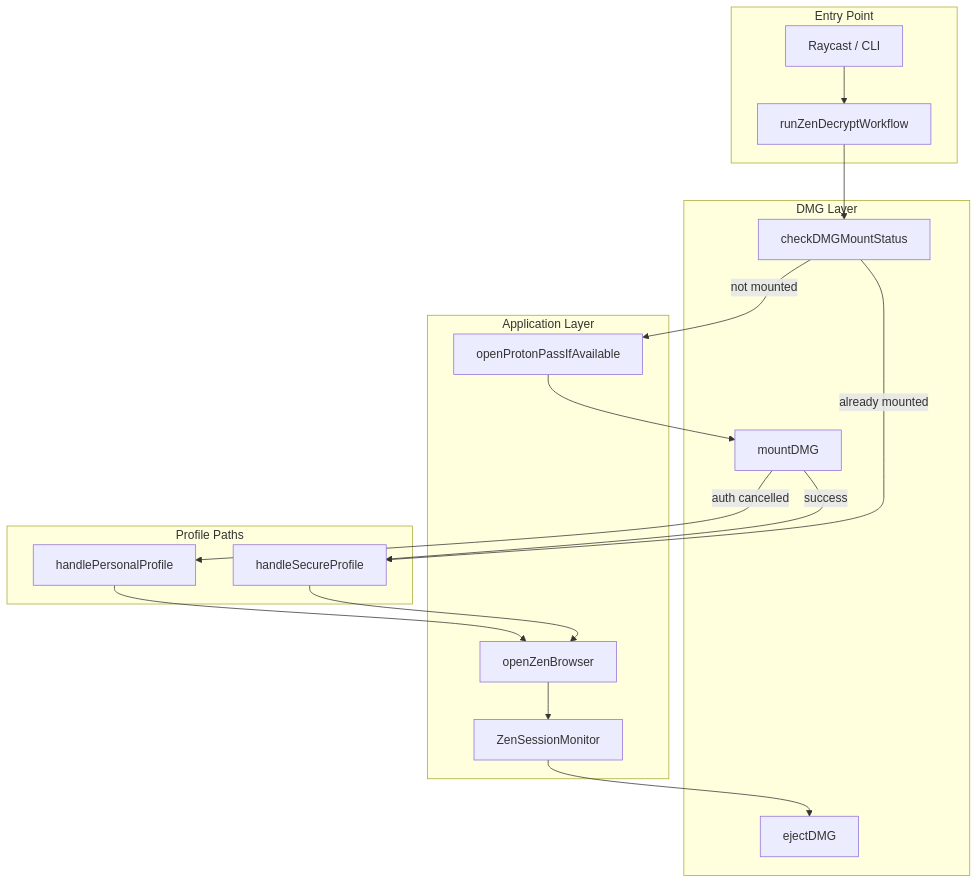
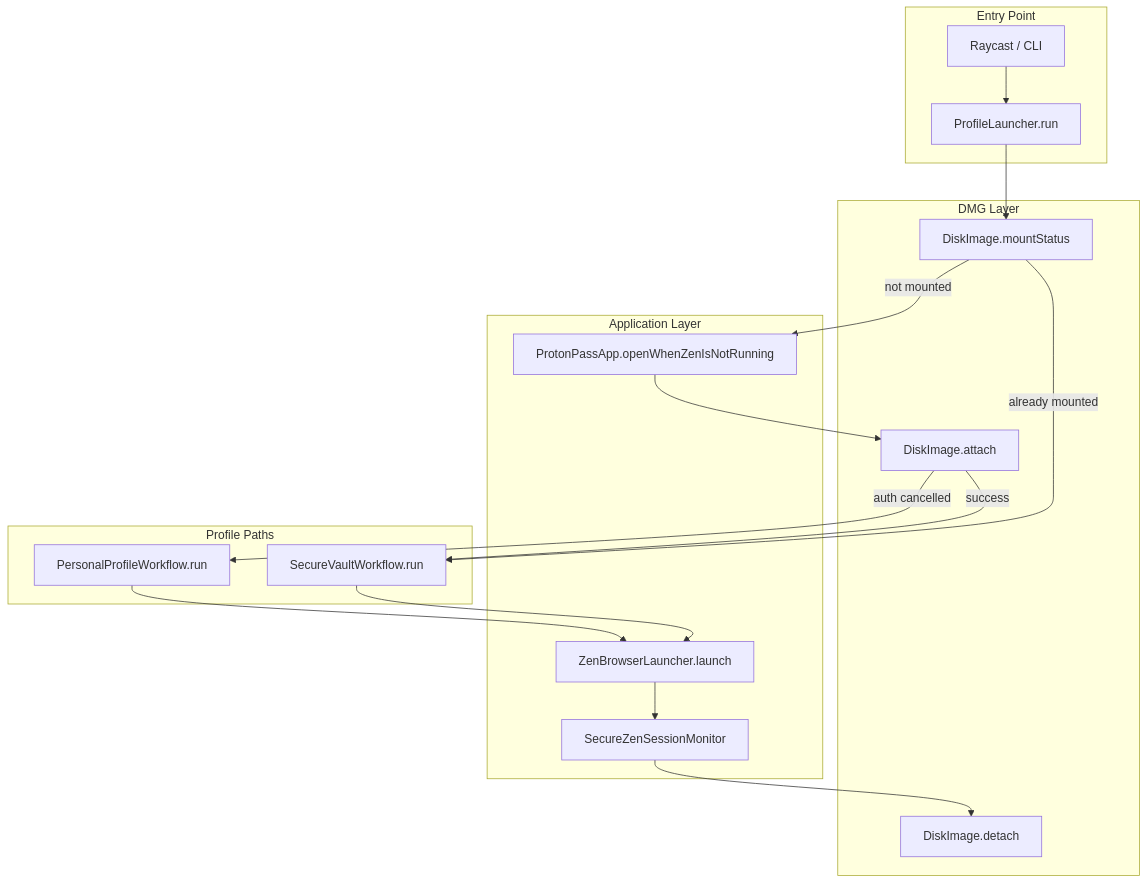
Before and after one commit to Johann-Goncalves-Pereira/Raycast: the first of 5 diagrams in პროფილი-README.md, drawn with Mermaid. The commit also changed other lines of this file and 1 other file, not shown here.

First line of the commit message:
refactor ✨: Update Zen Secure Profile Launcher for improved clarity and functionality

````diff
--- a/პროფილი-README.md
+++ b/პროფილი-README.md
@@ -25,36 +25,36 @@
 ```mermaid
 flowchart TB
     subgraph entry [Entry Point]
         Raycast[Raycast / CLI]
-        Run[runZenDecryptWorkflow]
+        Run[ProfileLauncher.run]
     end
 
     subgraph dmg [DMG Layer]
-        CheckMount[checkDMGMountStatus]
-        Mount[mountDMG]
-        Eject[ejectDMG]
+        CheckMount[DiskImage.mountStatus]
+        Mount[DiskImage.attach]
+        Eject[DiskImage.detach]
     end
 
     subgraph apps [Application Layer]
-        ProtonPass[openProtonPassIfAvailable]
-        Zen[openZenBrowser]
-        Monitor[ZenSessionMonitor]
+        ProtonPass[ProtonPassApp.openWhenZenIsNotRunning]
+        Zen[ZenBrowserLauncher.launch]
+        Monitor[SecureZenSessionMonitor]
     end
 
     subgraph profiles [Profile Paths]
-        Secure[handleSecureProfile]
-        Personal[handlePersonalProfile]
+        Secure[SecureVaultWorkflow.run]
+        Personal[PersonalProfileWorkflow.run]
     end
 
     Raycast --> Run
     Run --> CheckMount
     CheckMount -->|already mounted| Secure
     CheckMount -->|not mounted| ProtonPass
     ProtonPass --> Mount
     Mount -->|success| Secure
     Mount -->|auth cancelled| Personal
     Secure --> Zen
     Zen --> Monitor
     Monitor --> Eject
     Personal --> Zen
 ```
````
